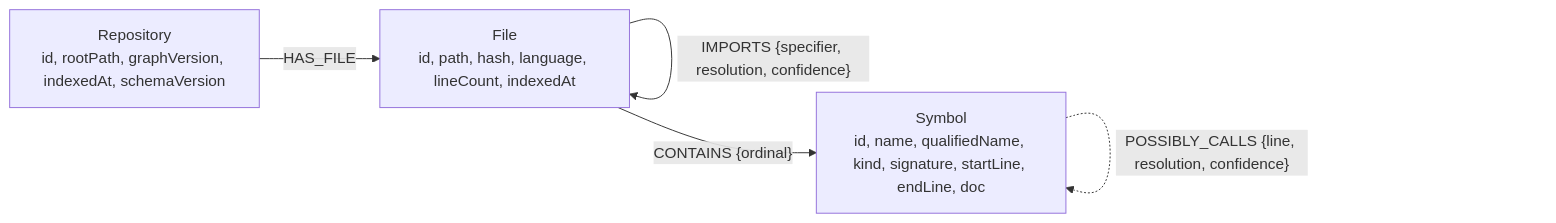
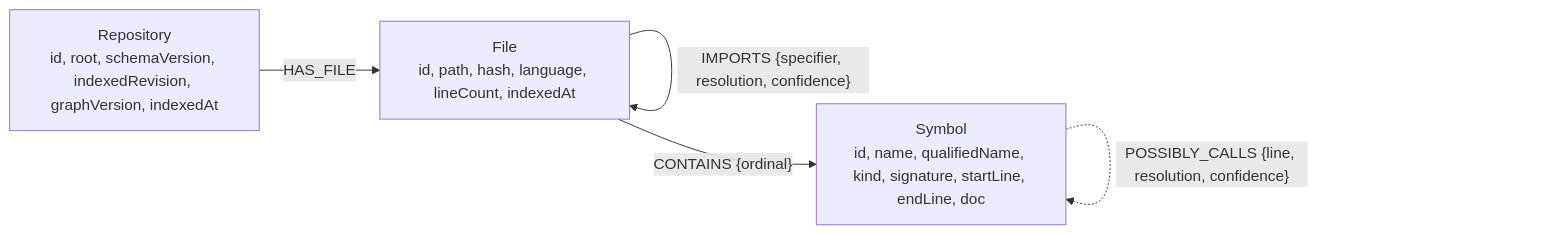
Before and after one commit to ibold-dev/nexus-mcp: the first of 3 diagrams in docs/graph-model.md, drawn with Mermaid. The commit also changed 1 other file, not shown here.

Commit message:
docs: state what is indexed, and fix two properties the graph does not have
The README now says what a sync walks and what it refuses to: .gitignore honoured, build and vendor directories skipped, .env-shaped files and key material never read, .nexusignore for the rest. Hidden directories are not excluded wholesale — .claude/ and .github/ often hold real scripts, and hiding them would quietly remove code from the impact analysis rather than from the graph.\\n\\nThe graph model doc named the repository's root property rootPath, which does not exist, and left out indexedRevision. Both now match the write.

````diff
--- a/docs/graph-model.md
+++ b/docs/graph-model.md
@@ -12,11 +12,11 @@
 ```mermaid
 flowchart LR
-    R["Repository<br/>id, rootPath, graphVersion, indexedAt, schemaVersion"]
+    R["Repository<br/>id, root, schemaVersion, indexedRevision, graphVersion, indexedAt"]
     F["File<br/>id, path, hash, language, lineCount, indexedAt"]
     S["Symbol<br/>id, name, qualifiedName, kind, signature, startLine, endLine, doc"]
 
     R -- "HAS_FILE" --> F
     F -- "CONTAINS {ordinal}" --> S
     F -- "IMPORTS {specifier, resolution, confidence}" --> F
     S -. "POSSIBLY_CALLS {line, resolution, confidence}" .-> S
 ```
````
